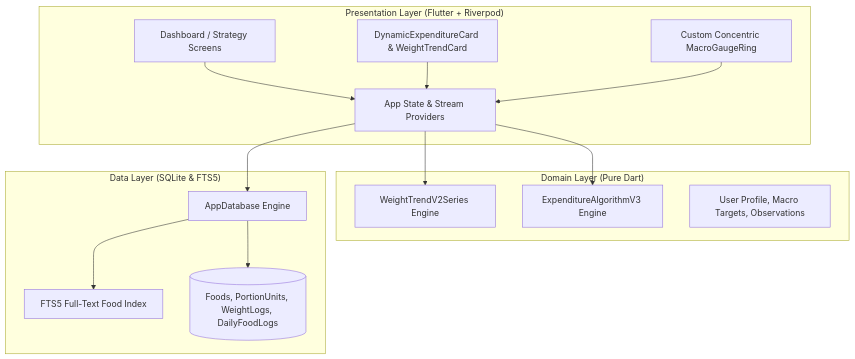
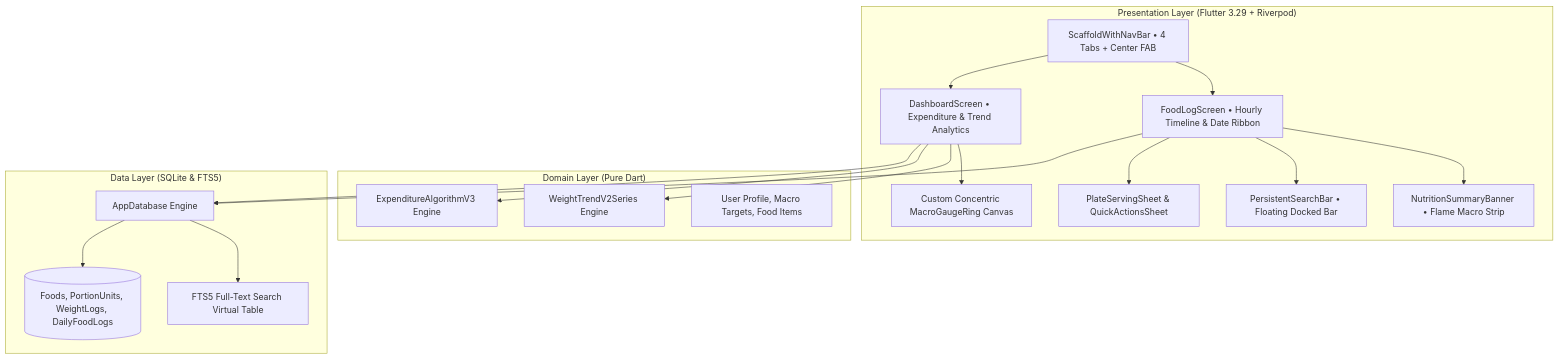
Before and after one commit to h4rysh/macrofactor-flutter: the diagram in README.md, drawn with Mermaid. The commit also changed other lines of this file and 23 other files, not shown here.

````diff
--- a/README.md
+++ b/README.md
@@ -131,30 +134,37 @@
 ```mermaid
 flowchart TD
-    subgraph Presentation ["Presentation Layer (Flutter + Riverpod)"]
-        UI[Dashboard / Strategy Screens]
-        Gauges[Custom Concentric MacroGaugeRing]
-        Cards[DynamicExpenditureCard & WeightTrendCard]
-        Providers[App State & Stream Providers]
+    subgraph Presentation ["Presentation Layer (Flutter 3.29 + Riverpod)"]
+        Nav[ScaffoldWithNavBar • 4 Tabs + Center FAB]
+        LogScreen[FoodLogScreen • Hourly Timeline & Date Ribbon]
+        Dashboard[DashboardScreen • Expenditure & Trend Analytics]
+        Banner[NutritionSummaryBanner • Flame Macro Strip]
+        Gauges[Custom Concentric MacroGaugeRing Canvas]
+        SearchBar[PersistentSearchBar • Floating Docked Bar]
+        ServingSheet[PlateServingSheet & QuickActionsSheet]
     end
 
     subgraph Domain ["Domain Layer (Pure Dart)"]
         TrendAlgo[WeightTrendV2Series Engine]
         ExpAlgo[ExpenditureAlgorithmV3 Engine]
-        Entities[User Profile, Macro Targets, Observations]
+        Entities[User Profile, Macro Targets, Food Items]
     end
 
     subgraph Data ["Data Layer (SQLite & FTS5)"]
         DB[AppDatabase Engine]
-        FTS[FTS5 Full-Text Food Index]
+        FTS[FTS5 Full-Text Search Virtual Table]
         Tables[(Foods, PortionUnits, WeightLogs, DailyFoodLogs)]
     end
 
-    UI --> Providers
-    Cards --> Providers
-    Gauges --> Providers
-    Providers --> TrendAlgo
-    Providers --> ExpAlgo
-    Providers --> DB
+    Nav --> LogScreen
+    Nav --> Dashboard
+    LogScreen --> Banner
+    LogScreen --> SearchBar
+    LogScreen --> ServingSheet
+    Dashboard --> Gauges
+    Dashboard --> TrendAlgo
+    Dashboard --> ExpAlgo
+    LogScreen --> DB
+    Dashboard --> DB
     DB --> FTS
     DB --> Tables
 ```
````
